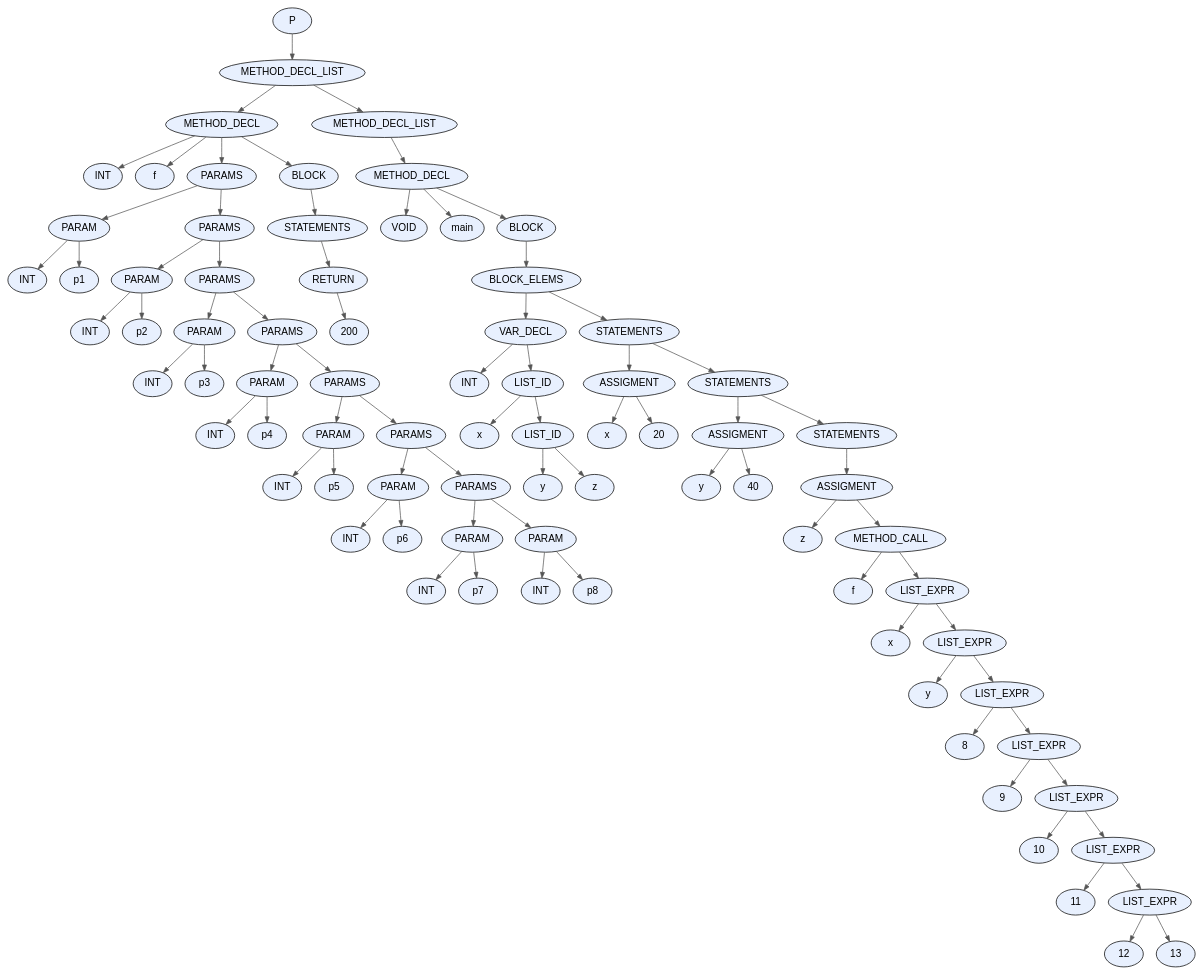
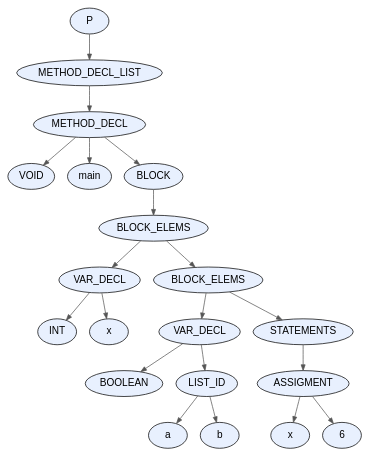
Before and after one commit to facundo-dario-loser/TDS2026: the diagram in proyecto/dot_files/test16.dot, drawn with Graphviz. The commit also changed 31 other files, not shown here.

```diff
--- a/proyecto/dot_files/test16.dot
+++ b/proyecto/dot_files/test16.dot
@@ -1,165 +1,43 @@
 digraph AST {
   node [fontname="Arial"];
   edge [arrowsize=0.8, color="#555555"];
-  "node_0x565862f056e0" [label="P", style=filled, fillcolor="#E8F0FE", shape=ellipse, style="rounded,filled"];
-  "node_0x565862f056e0" -> "node_0x565862f05690";
-  "node_0x565862f05690" [label="METHOD_DECL_LIST", style=filled, fillcolor="#E8F0FE", shape=ellipse, style="rounded,filled"];
-  "node_0x565862f05690" -> "node_0x565862f046f0";
-  "node_0x565862f046f0" [label="METHOD_DECL", style=filled, fillcolor="#E8F0FE", shape=ellipse, style="rounded,filled"];
-  "node_0x565862f046f0" -> "node_0x565862f03920";
-  "node_0x565862f03920" [label="INT", style=filled, fillcolor="#E8F0FE", shape=ellipse, style="rounded,filled"];
-  "node_0x565862f046f0" -> "node_0x565862f04680";
-  "node_0x565862f04680" [label="f", style=filled, fillcolor="#E8F0FE", shape=ellipse, style="rounded,filled"];
-  "node_0x565862f046f0" -> "node_0x565862f044f0";
-  "node_0x565862f044f0" [label="PARAMS", style=filled, fillcolor="#E8F0FE", shape=ellipse, style="rounded,filled"];
-  "node_0x565862f044f0" -> "node_0x565862f03a70";
-  "node_0x565862f03a70" [label="PARAM", style=filled, fillcolor="#E8F0FE", shape=ellipse, style="rounded,filled"];
-  "node_0x565862f03a70" -> "node_0x565862f03990";
-  "node_0x565862f03990" [label="INT", style=filled, fillcolor="#E8F0FE", shape=ellipse, style="rounded,filled"];
-  "node_0x565862f03a70" -> "node_0x565862f03a00";
-  "node_0x565862f03a00" [label="p1", style=filled, fillcolor="#E8F0FE", shape=ellipse, style="rounded,filled"];
-  "node_0x565862f044f0" -> "node_0x565862f044a0";
-  "node_0x565862f044a0" [label="PARAMS", style=filled, fillcolor="#E8F0FE", shape=ellipse, style="rounded,filled"];
-  "node_0x565862f044a0" -> "node_0x565862f03ba0";
-  "node_0x565862f03ba0" [label="PARAM", style=filled, fillcolor="#E8F0FE", shape=ellipse, style="rounded,filled"];
-  "node_0x565862f03ba0" -> "node_0x565862f03ac0";
-  "node_0x565862f03ac0" [label="INT", style=filled, fillcolor="#E8F0FE", shape=ellipse, style="rounded,filled"];
-  "node_0x565862f03ba0" -> "node_0x565862f03b30";
-  "node_0x565862f03b30" [label="p2", style=filled, fillcolor="#E8F0FE", shape=ellipse, style="rounded,filled"];
-  "node_0x565862f044a0" -> "node_0x565862f04450";
-  "node_0x565862f04450" [label="PARAMS", style=filled, fillcolor="#E8F0FE", shape=ellipse, style="rounded,filled"];
-  "node_0x565862f04450" -> "node_0x565862f03cd0";
-  "node_0x565862f03cd0" [label="PARAM", style=filled, fillcolor="#E8F0FE", shape=ellipse, style="rounded,filled"];
-  "node_0x565862f03cd0" -> "node_0x565862f03bf0";
-  "node_0x565862f03bf0" [label="INT", style=filled, fillcolor="#E8F0FE", shape=ellipse, style="rounded,filled"];
-  "node_0x565862f03cd0" -> "node_0x565862f03c60";
-  "node_0x565862f03c60" [label="p3", style=filled, fillcolor="#E8F0FE", shape=ellipse, style="rounded,filled"];
-  "node_0x565862f04450" -> "node_0x565862f04400";
-  "node_0x565862f04400" [label="PARAMS", style=filled, fillcolor="#E8F0FE", shape=ellipse, style="rounded,filled"];
-  "node_0x565862f04400" -> "node_0x565862f03e00";
-  "node_0x565862f03e00" [label="PARAM", style=filled, fillcolor="#E8F0FE", shape=ellipse, style="rounded,filled"];
-  "node_0x565862f03e00" -> "node_0x565862f03d20";
-  "node_0x565862f03d20" [label="INT", style=filled, fillcolor="#E8F0FE", shape=ellipse, style="rounded,filled"];
-  "node_0x565862f03e00" -> "node_0x565862f03d90";
-  "node_0x565862f03d90" [label="p4", style=filled, fillcolor="#E8F0FE", shape=ellipse, style="rounded,filled"];
-  "node_0x565862f04400" -> "node_0x565862f043b0";
-  "node_0x565862f043b0" [label="PARAMS", style=filled, fillcolor="#E8F0FE", shape=ellipse, style="rounded,filled"];
-  "node_0x565862f043b0" -> "node_0x565862f03f30";
-  "node_0x565862f03f30" [label="PARAM", style=filled, fillcolor="#E8F0FE", shape=ellipse, style="rounded,filled"];
-  "node_0x565862f03f30" -> "node_0x565862f03e50";
-  "node_0x565862f03e50" [label="INT", style=filled, fillcolor="#E8F0FE", shape=ellipse, style="rounded,filled"];
-  "node_0x565862f03f30" -> "node_0x565862f03ec0";
-  "node_0x565862f03ec0" [label="p5", style=filled, fillcolor="#E8F0FE", shape=ellipse, style="rounded,filled"];
-  "node_0x565862f043b0" -> "node_0x565862f04360";
-  "node_0x565862f04360" [label="PARAMS", style=filled, fillcolor="#E8F0FE", shape=ellipse, style="rounded,filled"];
-  "node_0x565862f04360" -> "node_0x565862f04060";
-  "node_0x565862f04060" [label="PARAM", style=filled, fillcolor="#E8F0FE", shape=ellipse, style="rounded,filled"];
-  "node_0x565862f04060" -> "node_0x565862f03f80";
-  "node_0x565862f03f80" [label="INT", style=filled, fillcolor="#E8F0FE", shape=ellipse, style="rounded,filled"];
-  "node_0x565862f04060" -> "node_0x565862f03ff0";
-  "node_0x565862f03ff0" [label="p6", style=filled, fillcolor="#E8F0FE", shape=ellipse, style="rounded,filled"];
-  "node_0x565862f04360" -> "node_0x565862f04310";
-  "node_0x565862f04310" [label="PARAMS", style=filled, fillcolor="#E8F0FE", shape=ellipse, style="rounded,filled"];
-  "node_0x565862f04310" -> "node_0x565862f04190";
-  "node_0x565862f04190" [label="PARAM", style=filled, fillcolor="#E8F0FE", shape=ellipse, style="rounded,filled"];
-  "node_0x565862f04190" -> "node_0x565862f040b0";
-  "node_0x565862f040b0" [label="INT", style=filled, fillcolor="#E8F0FE", shape=ellipse, style="rounded,filled"];
-  "node_0x565862f04190" -> "node_0x565862f04120";
-  "node_0x565862f04120" [label="p7", style=filled, fillcolor="#E8F0FE", shape=ellipse, style="rounded,filled"];
-  "node_0x565862f04310" -> "node_0x565862f042c0";
-  "node_0x565862f042c0" [label="PARAM", style=filled, fillcolor="#E8F0FE", shape=ellipse, style="rounded,filled"];
-  "node_0x565862f042c0" -> "node_0x565862f041e0";
-  "node_0x565862f041e0" [label="INT", style=filled, fillcolor="#E8F0FE", shape=ellipse, style="rounded,filled"];
-  "node_0x565862f042c0" -> "node_0x565862f04250";
-  "node_0x565862f04250" [label="p8", style=filled, fillcolor="#E8F0FE", shape=ellipse, style="rounded,filled"];
-  "node_0x565862f046f0" -> "node_0x565862f04630";
-  "node_0x565862f04630" [label="BLOCK", style=filled, fillcolor="#E8F0FE", shape=ellipse, style="rounded,filled"];
-  "node_0x565862f04630" -> "node_0x565862f045e0";
-  "node_0x565862f045e0" [label="STATEMENTS", style=filled, fillcolor="#E8F0FE", shape=ellipse, style="rounded,filled"];
-  "node_0x565862f045e0" -> "node_0x565862f04590";
-  "node_0x565862f04590" [label="RETURN", style=filled, fillcolor="#E8F0FE", shape=ellipse, style="rounded,filled"];
-  "node_0x565862f04590" -> "node_0x565862f04540";
-  "node_0x565862f04540" [label="200", style=filled, fillcolor="#E8F0FE", shape=ellipse, style="rounded,filled"];
-  "node_0x565862f05690" -> "node_0x565862f05640";
-  "node_0x565862f05640" [label="METHOD_DECL_LIST", style=filled, fillcolor="#E8F0FE", shape=ellipse, style="rounded,filled"];
-  "node_0x565862f05640" -> "node_0x565862f055f0";
-  "node_0x565862f055f0" [label="METHOD_DECL", style=filled, fillcolor="#E8F0FE", shape=ellipse, style="rounded,filled"];
-  "node_0x565862f055f0" -> "node_0x565862f05530";
-  "node_0x565862f05530" [label="VOID", style=filled, fillcolor="#E8F0FE", shape=ellipse, style="rounded,filled"];
-  "node_0x565862f055f0" -> "node_0x565862f05580";
-  "node_0x565862f05580" [label="main", style=filled, fillcolor="#E8F0FE", shape=ellipse, style="rounded,filled"];
-  "node_0x565862f055f0" -> "node_0x565862f054e0";
-  "node_0x565862f054e0" [label="BLOCK", style=filled, fillcolor="#E8F0FE", shape=ellipse, style="rounded,filled"];
-  "node_0x565862f054e0" -> "node_0x565862f05490";
-  "node_0x565862f05490" [label="BLOCK_ELEMS", style=filled, fillcolor="#E8F0FE", shape=ellipse, style="rounded,filled"];
-  "node_0x565862f05490" -> "node_0x565862f04a00";
-  "node_0x565862f04a00" [label="VAR_DECL", style=filled, fillcolor="#E8F0FE", shape=ellipse, style="rounded,filled"];
-  "node_0x565862f04a00" -> "node_0x565862f04760";
-  "node_0x565862f04760" [label="INT", style=filled, fillcolor="#E8F0FE", shape=ellipse, style="rounded,filled"];
-  "node_0x565862f04a00" -> "node_0x565862f049b0";
-  "node_0x565862f049b0" [label="LIST_ID", style=filled, fillcolor="#E8F0FE", shape=ellipse, style="rounded,filled"];
-  "node_0x565862f049b0" -> "node_0x565862f04940";
-  "node_0x565862f04940" [label="x", style=filled, fillcolor="#E8F0FE", shape=ellipse, style="rounded,filled"];
-  "node_0x565862f049b0" -> "node_0x565862f048f0";
-  "node_0x565862f048f0" [label="LIST_ID", style=filled, fillcolor="#E8F0FE", shape=ellipse, style="rounded,filled"];
-  "node_0x565862f048f0" -> "node_0x565862f04880";
-  "node_0x565862f04880" [label="y", style=filled, fillcolor="#E8F0FE", shape=ellipse, style="rounded,filled"];
-  "node_0x565862f048f0" -> "node_0x565862f04810";
-  "node_0x565862f04810" [label="z", style=filled, fillcolor="#E8F0FE", shape=ellipse, style="rounded,filled"];
-  "node_0x565862f05490" -> "node_0x565862f05440";
-  "node_0x565862f05440" [label="STATEMENTS", style=filled, fillcolor="#E8F0FE", shape=ellipse, style="rounded,filled"];
-  "node_0x565862f05440" -> "node_0x565862f04b30";
-  "node_0x565862f04b30" [label="ASSIGMENT", style=filled, fillcolor="#E8F0FE", shape=ellipse, style="rounded,filled"];
-  "node_0x565862f04b30" -> "node_0x565862f04ac0";
-  "node_0x565862f04ac0" [label="x", style=filled, fillcolor="#E8F0FE", shape=ellipse, style="rounded,filled"];
-  "node_0x565862f04b30" -> "node_0x565862f04a70";
-  "node_0x565862f04a70" [label="20", style=filled, fillcolor="#E8F0FE", shape=ellipse, style="rounded,filled"];
-  "node_0x565862f05440" -> "node_0x565862f053f0";
-  "node_0x565862f053f0" [label="STATEMENTS", style=filled, fillcolor="#E8F0FE", shape=ellipse, style="rounded,filled"];
-  "node_0x565862f053f0" -> "node_0x565862f04c60";
-  "node_0x565862f04c60" [label="ASSIGMENT", style=filled, fillcolor="#E8F0FE", shape=ellipse, style="rounded,filled"];
-  "node_0x565862f04c60" -> "node_0x565862f04bf0";
-  "node_0x565862f04bf0" [label="y", style=filled, fillcolor="#E8F0FE", shape=ellipse, style="rounded,filled"];
-  "node_0x565862f04c60" -> "node_0x565862f04ba0";
-  "node_0x565862f04ba0" [label="40", style=filled, fillcolor="#E8F0FE", shape=ellipse, style="rounded,filled"];
-  "node_0x565862f053f0" -> "node_0x565862f053a0";
-  "node_0x565862f053a0" [label="STATEMENTS", style=filled, fillcolor="#E8F0FE", shape=ellipse, style="rounded,filled"];
-  "node_0x565862f053a0" -> "node_0x565862f05350";
-  "node_0x565862f05350" [label="ASSIGMENT", style=filled, fillcolor="#E8F0FE", shape=ellipse, style="rounded,filled"];
-  "node_0x565862f05350" -> "node_0x565862f052e0";
-  "node_0x565862f052e0" [label="z", style=filled, fillcolor="#E8F0FE", shape=ellipse, style="rounded,filled"];
-  "node_0x565862f05350" -> "node_0x565862f05290";
-  "node_0x565862f05290" [label="METHOD_CALL", style=filled, fillcolor="#E8F0FE", shape=ellipse, style="rounded,filled"];
-  "node_0x565862f05290" -> "node_0x565862f05220";
-  "node_0x565862f05220" [label="f", style=filled, fillcolor="#E8F0FE", shape=ellipse, style="rounded,filled"];
-  "node_0x565862f05290" -> "node_0x565862f051d0";
-  "node_0x565862f051d0" [label="LIST_EXPR", style=filled, fillcolor="#E8F0FE", shape=ellipse, style="rounded,filled"];
-  "node_0x565862f051d0" -> "node_0x565862f04d10";
-  "node_0x565862f04d10" [label="x", style=filled, fillcolor="#E8F0FE", shape=ellipse, style="rounded,filled"];
-  "node_0x565862f051d0" -> "node_0x565862f05180";
-  "node_0x565862f05180" [label="LIST_EXPR", style=filled, fillcolor="#E8F0FE", shape=ellipse, style="rounded,filled"];
-  "node_0x565862f05180" -> "node_0x565862f04da0";
-  "node_0x565862f04da0" [label="y", style=filled, fillcolor="#E8F0FE", shape=ellipse, style="rounded,filled"];
-  "node_0x565862f05180" -> "node_0x565862f05130";
-  "node_0x565862f05130" [label="LIST_EXPR", style=filled, fillcolor="#E8F0FE", shape=ellipse, style="rounded,filled"];
-  "node_0x565862f05130" -> "node_0x565862f04e10";
-  "node_0x565862f04e10" [label="8", style=filled, fillcolor="#E8F0FE", shape=ellipse, style="rounded,filled"];
-  "node_0x565862f05130" -> "node_0x565862f050e0";
-  "node_0x565862f050e0" [label="LIST_EXPR", style=filled, fillcolor="#E8F0FE", shape=ellipse, style="rounded,filled"];
-  "node_0x565862f050e0" -> "node_0x565862f04e60";
-  "node_0x565862f04e60" [label="9", style=filled, fillcolor="#E8F0FE", shape=ellipse, style="rounded,filled"];
-  "node_0x565862f050e0" -> "node_0x565862f05090";
-  "node_0x565862f05090" [label="LIST_EXPR", style=filled, fillcolor="#E8F0FE", shape=ellipse, style="rounded,filled"];
-  "node_0x565862f05090" -> "node_0x565862f04eb0";
-  "node_0x565862f04eb0" [label="10", style=filled, fillcolor="#E8F0FE", shape=ellipse, style="rounded,filled"];
-  "node_0x565862f05090" -> "node_0x565862f05040";
-  "node_0x565862f05040" [label="LIST_EXPR", style=filled, fillcolor="#E8F0FE", shape=ellipse, style="rounded,filled"];
-  "node_0x565862f05040" -> "node_0x565862f04f00";
-  "node_0x565862f04f00" [label="11", style=filled, fillcolor="#E8F0FE", shape=ellipse, style="rounded,filled"];
-  "node_0x565862f05040" -> "node_0x565862f04ff0";
-  "node_0x565862f04ff0" [label="LIST_EXPR", style=filled, fillcolor="#E8F0FE", shape=ellipse, style="rounded,filled"];
-  "node_0x565862f04ff0" -> "node_0x565862f04f50";
-  "node_0x565862f04f50" [label="12", style=filled, fillcolor="#E8F0FE", shape=ellipse, style="rounded,filled"];
-  "node_0x565862f04ff0" -> "node_0x565862f04fa0";
-  "node_0x565862f04fa0" [label="13", style=filled, fillcolor="#E8F0FE", shape=ellipse, style="rounded,filled"];
+  "node_0x5edf22570e40" [label="P", style=filled, fillcolor="#E8F0FE", shape=ellipse, style="rounded,filled"];
+  "node_0x5edf22570e40" -> "node_0x5edf22570df0";
+  "node_0x5edf22570df0" [label="METHOD_DECL_LIST", style=filled, fillcolor="#E8F0FE", shape=ellipse, style="rounded,filled"];
+  "node_0x5edf22570df0" -> "node_0x5edf22570da0";
+  "node_0x5edf22570da0" [label="METHOD_DECL", style=filled, fillcolor="#E8F0FE", shape=ellipse, style="rounded,filled"];
+  "node_0x5edf22570da0" -> "node_0x5edf22570ce0";
+  "node_0x5edf22570ce0" [label="VOID", style=filled, fillcolor="#E8F0FE", shape=ellipse, style="rounded,filled"];
+  "node_0x5edf22570da0" -> "node_0x5edf22570d30";
+  "node_0x5edf22570d30" [label="main", style=filled, fillcolor="#E8F0FE", shape=ellipse, style="rounded,filled"];
+  "node_0x5edf22570da0" -> "node_0x5edf22570c90";
+  "node_0x5edf22570c90" [label="BLOCK", style=filled, fillcolor="#E8F0FE", shape=ellipse, style="rounded,filled"];
+  "node_0x5edf22570c90" -> "node_0x5edf22570c40";
+  "node_0x5edf22570c40" [label="BLOCK_ELEMS", style=filled, fillcolor="#E8F0FE", shape=ellipse, style="rounded,filled"];
+  "node_0x5edf22570c40" -> "node_0x5edf22570630";
+  "node_0x5edf22570630" [label="VAR_DECL", style=filled, fillcolor="#E8F0FE", shape=ellipse, style="rounded,filled"];
+  "node_0x5edf22570630" -> "node_0x5edf22570550";
+  "node_0x5edf22570550" [label="INT", style=filled, fillcolor="#E8F0FE", shape=ellipse, style="rounded,filled"];
+  "node_0x5edf22570630" -> "node_0x5edf225705c0";
+  "node_0x5edf225705c0" [label="x", style=filled, fillcolor="#E8F0FE", shape=ellipse, style="rounded,filled"];
+  "node_0x5edf22570c40" -> "node_0x5edf22570bf0";
+  "node_0x5edf22570bf0" [label="BLOCK_ELEMS", style=filled, fillcolor="#E8F0FE", shape=ellipse, style="rounded,filled"];
+  "node_0x5edf22570bf0" -> "node_0x5edf22570840";
+  "node_0x5edf22570840" [label="VAR_DECL", style=filled, fillcolor="#E8F0FE", shape=ellipse, style="rounded,filled"];
+  "node_0x5edf22570840" -> "node_0x5edf22570680";
+  "node_0x5edf22570680" [label="BOOLEAN", style=filled, fillcolor="#E8F0FE", shape=ellipse, style="rounded,filled"];
+  "node_0x5edf22570840" -> "node_0x5edf225707f0";
+  "node_0x5edf225707f0" [label="LIST_ID", style=filled, fillcolor="#E8F0FE", shape=ellipse, style="rounded,filled"];
+  "node_0x5edf225707f0" -> "node_0x5edf22570780";
+  "node_0x5edf22570780" [label="a", style=filled, fillcolor="#E8F0FE", shape=ellipse, style="rounded,filled"];
+  "node_0x5edf225707f0" -> "node_0x5edf22570710";
+  "node_0x5edf22570710" [label="b", style=filled, fillcolor="#E8F0FE", shape=ellipse, style="rounded,filled"];
+  "node_0x5edf22570bf0" -> "node_0x5edf22570ba0";
+  "node_0x5edf22570ba0" [label="STATEMENTS", style=filled, fillcolor="#E8F0FE", shape=ellipse, style="rounded,filled"];
+  "node_0x5edf22570ba0" -> "node_0x5edf22570b50";
+  "node_0x5edf22570b50" [label="ASSIGMENT", style=filled, fillcolor="#E8F0FE", shape=ellipse, style="rounded,filled"];
+  "node_0x5edf22570b50" -> "node_0x5edf22570ae0";
+  "node_0x5edf22570ae0" [label="x", style=filled, fillcolor="#E8F0FE", shape=ellipse, style="rounded,filled"];
+  "node_0x5edf22570b50" -> "node_0x5edf22570950";
+  "node_0x5edf22570950" [label="6", style=filled, fillcolor="#E8F0FE", shape=ellipse, style="rounded,filled"];
 }
```
